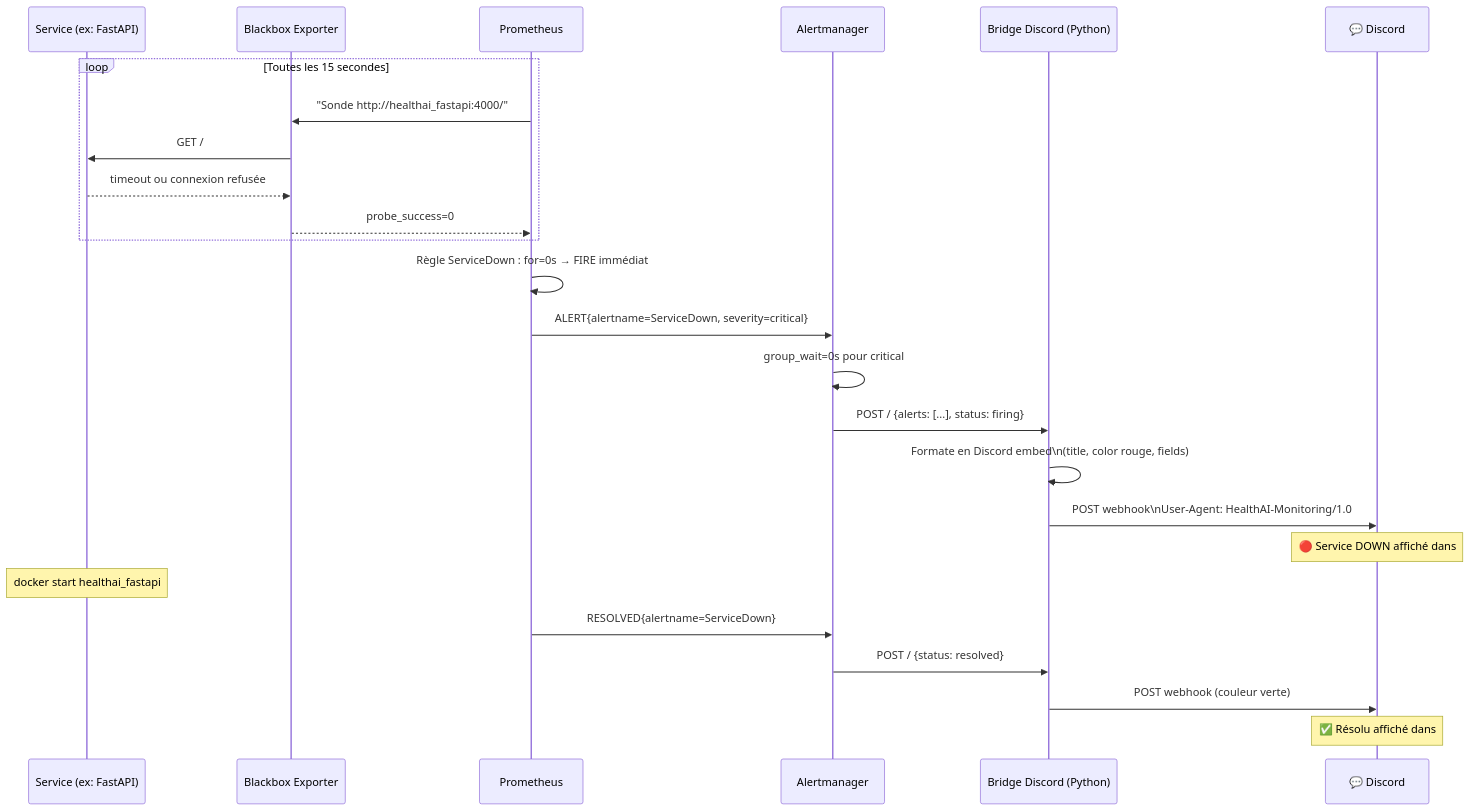
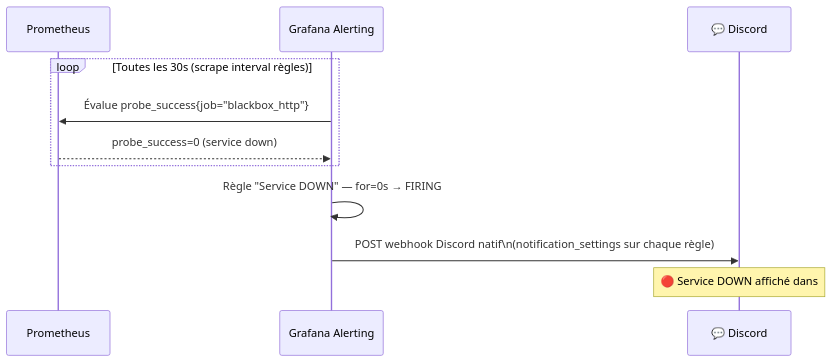
Before and after one commit to GroupMSPR/Health-IA-Workspace: the fourth of 4 diagrams in Monitoring/README.md, drawn with Mermaid. The commit also changed other lines of this file, not shown here.

````diff
--- a/Monitoring/README.md
+++ b/Monitoring/README.md
@@ -99,33 +227,15 @@
 ```mermaid
 sequenceDiagram
-    participant S as Service (ex: FastAPI)
-    participant BB as Blackbox Exporter
     participant PR as Prometheus
-    participant AM as Alertmanager
-    participant BD as Bridge Discord (Python)
+    participant GR as Grafana Alerting
     participant DC as 💬 Discord
 
-    loop Toutes les 15 secondes
-        PR->>BB: "Sonde http://healthai_fastapi:4000/"
-        BB->>S: GET /
-        S-->>BB: timeout ou connexion refusée
-        BB-->>PR: probe_success=0
+    loop Toutes les 30s (scrape interval règles)
+        GR->>PR: Évalue probe_success{job="blackbox_http"}
+        PR-->>GR: probe_success=0 (service down)
     end
 
-    PR->>PR: Règle ServiceDown : for=0s → FIRE immédiat
-    PR->>AM: ALERT{alertname=ServiceDown, severity=critical}
-
-    AM->>AM: group_wait=0s pour critical
-    AM->>BD: POST / {alerts: [...], status: firing}
-
-    BD->>BD: Formate en Discord embed\n(title, color rouge, fields)
-    BD->>DC: POST webhook\nUser-Agent: HealthAI-Monitoring/1.0
-
+    GR->>GR: Règle "Service DOWN" — for=0s → FIRING
+    GR->>DC: POST webhook Discord natif\n(notification_settings sur chaque règle)
     Note over DC: 🔴 Service DOWN affiché dans #alertes
-
-    Note over S: docker start healthai_fastapi
-    PR->>AM: RESOLVED{alertname=ServiceDown}
-    AM->>BD: POST / {status: resolved}
-    BD->>DC: POST webhook (couleur verte)
-    Note over DC: ✅ Résolu affiché dans #alertes
 ```
````
